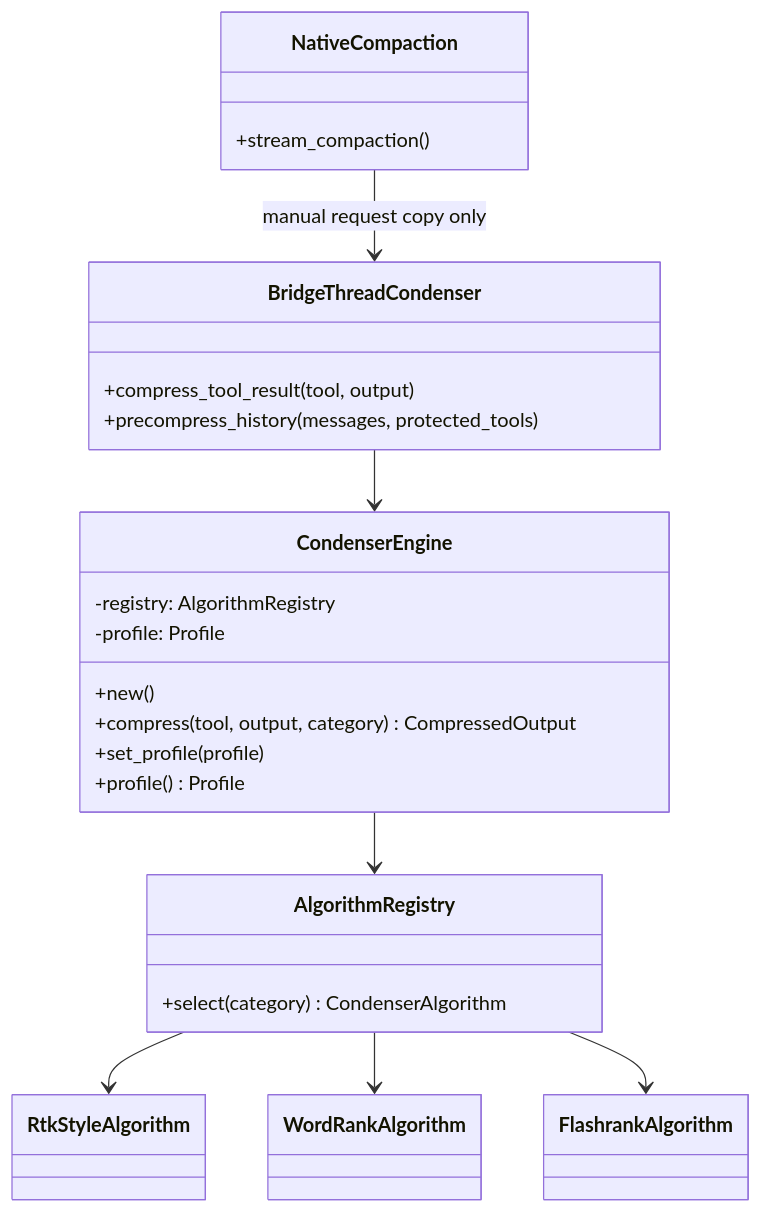
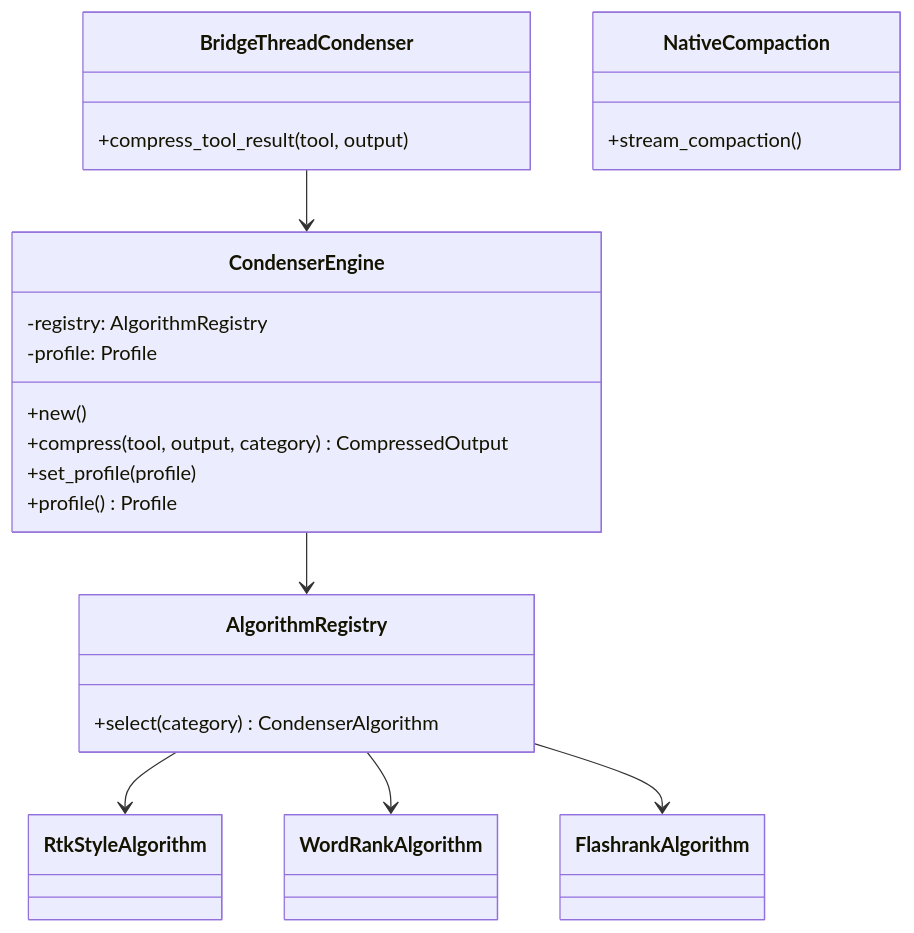
Before and after one commit to mdz-axo/zed-kask: the first of 2 diagrams in kask/docs/diataxis/hkask-condenser/reference.md, drawn with Mermaid. The commit also changed other lines of this file and 3 other files, not shown here.

First line of the commit message:
Update condenser docs for ingestion-only role

````diff
--- a/kask/docs/diataxis/hkask-condenser/reference.md
+++ b/kask/docs/diataxis/hkask-condenser/reference.md
@@ -31,30 +31,28 @@
 ```mermaid
 classDiagram
     class CondenserEngine {
         -registry: AlgorithmRegistry
         -profile: Profile
         +new()
         +compress(tool, output, category) CompressedOutput
         +set_profile(profile)
         +profile() Profile
     }
     class AlgorithmRegistry {
         +select(category) CondenserAlgorithm
     }
     class RtkStyleAlgorithm
     class WordRankAlgorithm
     class FlashrankAlgorithm
     class BridgeThreadCondenser {
         +compress_tool_result(tool, output)
-        +precompress_history(messages, protected_tools)
     }
     class NativeCompaction {
         +stream_compaction()
     }
     CondenserEngine --> AlgorithmRegistry
     AlgorithmRegistry --> RtkStyleAlgorithm
     AlgorithmRegistry --> WordRankAlgorithm
     AlgorithmRegistry --> FlashrankAlgorithm
     BridgeThreadCondenser --> CondenserEngine
-    NativeCompaction --> BridgeThreadCondenser : manual request copy only
 ```
````
